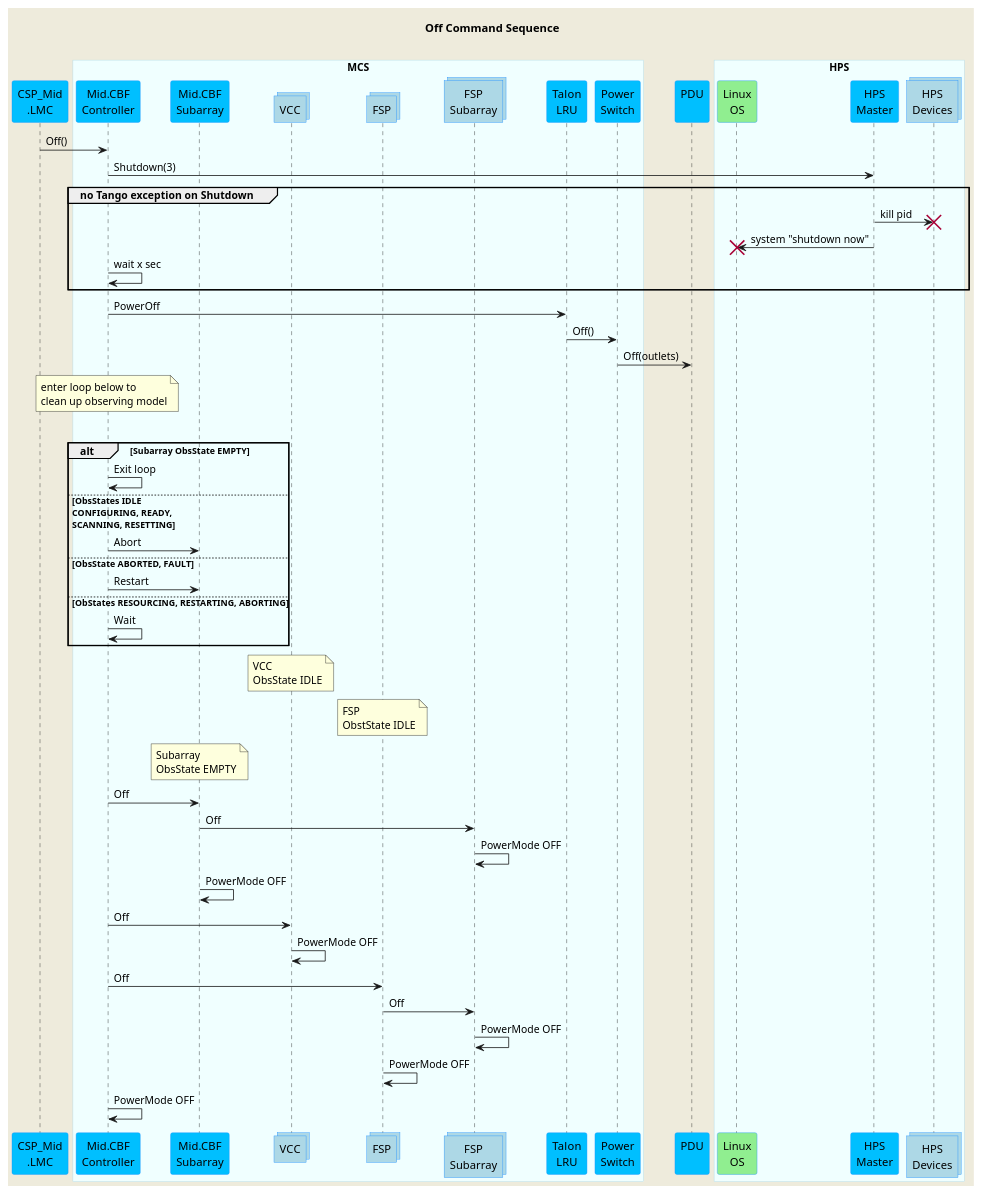
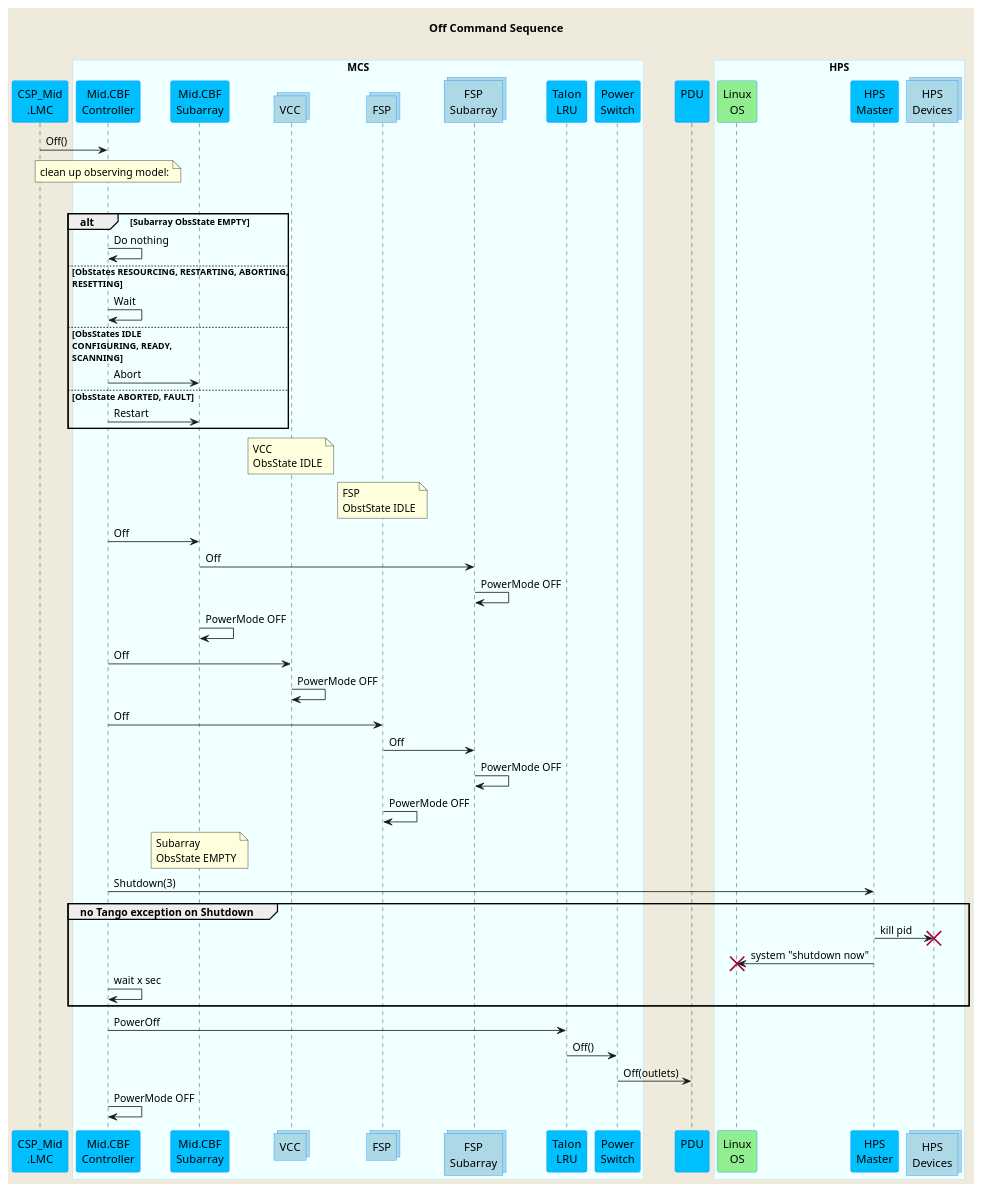
Before and after one commit to ska-telescope/mid-cbf-mcs: the diagram in docs/src/diagrams/off-command-sequence.puml, drawn with PlantUML.

Commit message:
CIP-1673 Updates to Off sequence

```diff
--- a/docs/src/diagrams/off-command-sequence.puml
+++ b/docs/src/diagrams/off-command-sequence.puml
@@ -1,73 +1,77 @@
 @startuml
 'https://plantuml.com/sequence-diagram
 skinparam backgroundColor #EEEBDC
 skinparam sequence {
 ParticipantBorderColor DodgerBlue
 ParticipantBackgroundColor DeepSkyBlue
 ActorBorderColor DarkGreen
 ActorBackgroundColor Green
 BoxBorderColor LightBlue
 BoxBackgroundColor #F0FFFF
 }
 skinparam collections {
   BackGroundColor LightBlue
   BorderColor DodgerBlue
 }
 skinparam database {
   BackgroundColor LightGreen
   BorderColor DarkGreen
 }
 title Off Command Sequence\n
 participant "CSP_Mid\n.LMC" as lmc
 box "MCS"
 participant "Mid.CBF\nController" as controller
 participant "Mid.CBF\nSubarray" as subarray
 collections "VCC" as vcc
 collections "FSP" as fsp
 collections "FSP\nSubarray" as fspsubarray
 participant "Talon\nLRU" as lru
 participant "Power\nSwitch" as switch
 end box
 participant "PDU\n" as pdu
 box "HPS"
 participant "Linux\nOS" as os #LightGreen
 participant "HPS\nMaster" as hpsmaster
 collections "HPS\nDevices" as hpsdevices
 end box
 lmc        ->  controller    : Off()
-controller ->  hpsmaster     : Shutdown(3)
-group no Tango exception on Shutdown
-hpsmaster  ->  hpsdevices !! : kill pid
-hpsmaster  ->  os !!         : system "shutdown now"
-controller ->  controller    : wait x sec
-end group
-controller ->  lru           : PowerOff
-lru        ->  switch        : Off()
-switch     ->  pdu           : Off(outlets)
-note over controller         : enter loop below to\nclean up observing model
+
+note over controller         : clean up observing model:
 
 loop until Subarray ObsState EMPTY or time exceeded
 alt Subarray ObsState EMPTY
-controller -> controller : Exit loop
-else ObsStates IDLE\nCONFIGURING, READY,\nSCANNING, RESETTING
+controller -> controller : Do nothing
+else ObStates RESOURCING, RESTARTING, ABORTING,\nRESETTING
+controller -> controller : Wait
+else ObsStates IDLE\nCONFIGURING, READY,\nSCANNING
 controller -> subarray   : Abort
 else ObsState ABORTED, FAULT
 controller -> subarray   : Restart
-else ObStates RESOURCING, RESTARTING, ABORTING
-controller -> controller : Wait
 end loop
 note over vcc            : VCC\nObsState IDLE
 note over fsp            : FSP\nObstState IDLE
-note over subarray       : Subarray\nObsState EMPTY
+
 controller ->  subarray      : Off
 subarray   ->  fspsubarray   : Off
 fspsubarray->  fspsubarray   : PowerMode OFF
 subarray   ->  subarray      : PowerMode OFF
 controller ->  vcc           : Off
 vcc        ->  vcc           : PowerMode OFF
 controller ->  fsp           : Off
 fsp        ->  fspsubarray   : Off
 fspsubarray->  fspsubarray   : PowerMode OFF
 fsp        ->  fsp           : PowerMode OFF
+
+note over subarray       : Subarray\nObsState EMPTY
+controller ->  hpsmaster     : Shutdown(3)
+group no Tango exception on Shutdown
+hpsmaster  ->  hpsdevices !! : kill pid
+hpsmaster  ->  os !!         : system "shutdown now"
+controller ->  controller    : wait x sec
+end group
+controller ->  lru           : PowerOff
+lru        ->  switch        : Off()
+switch     ->  pdu           : Off(outlets)
+
 controller ->  controller    : PowerMode OFF
 @enduml
```
